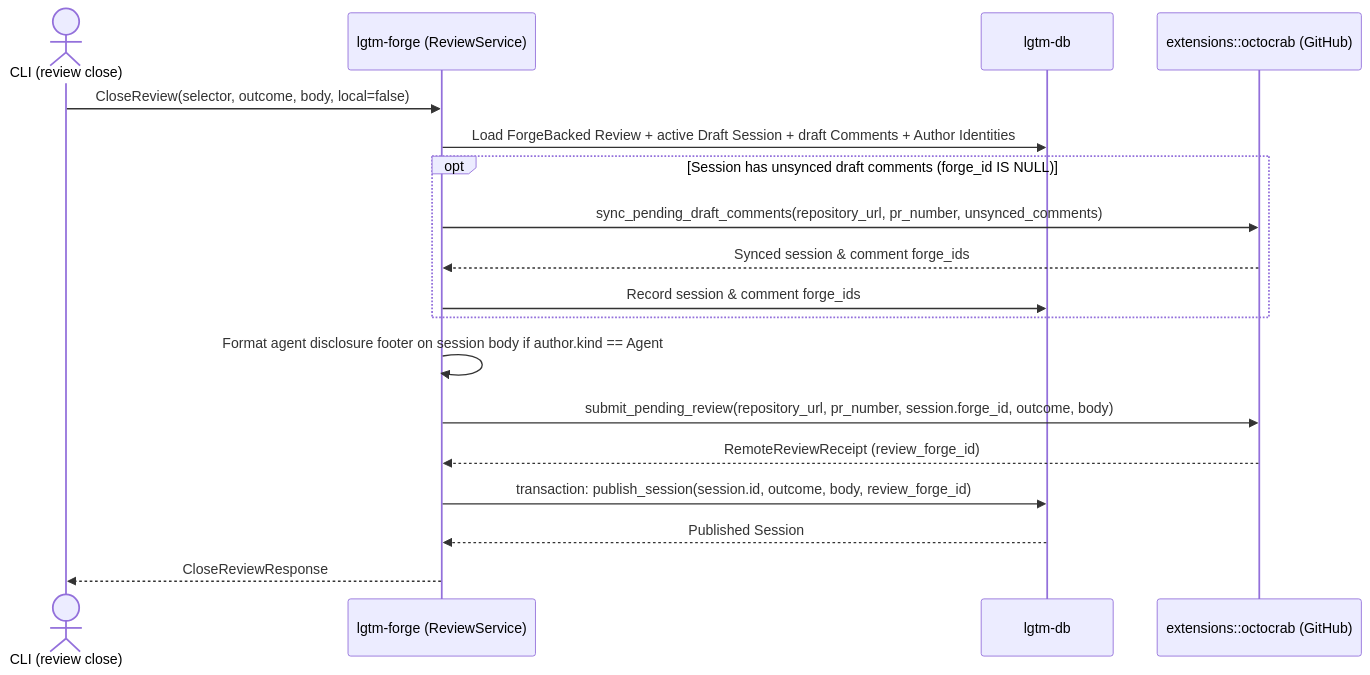
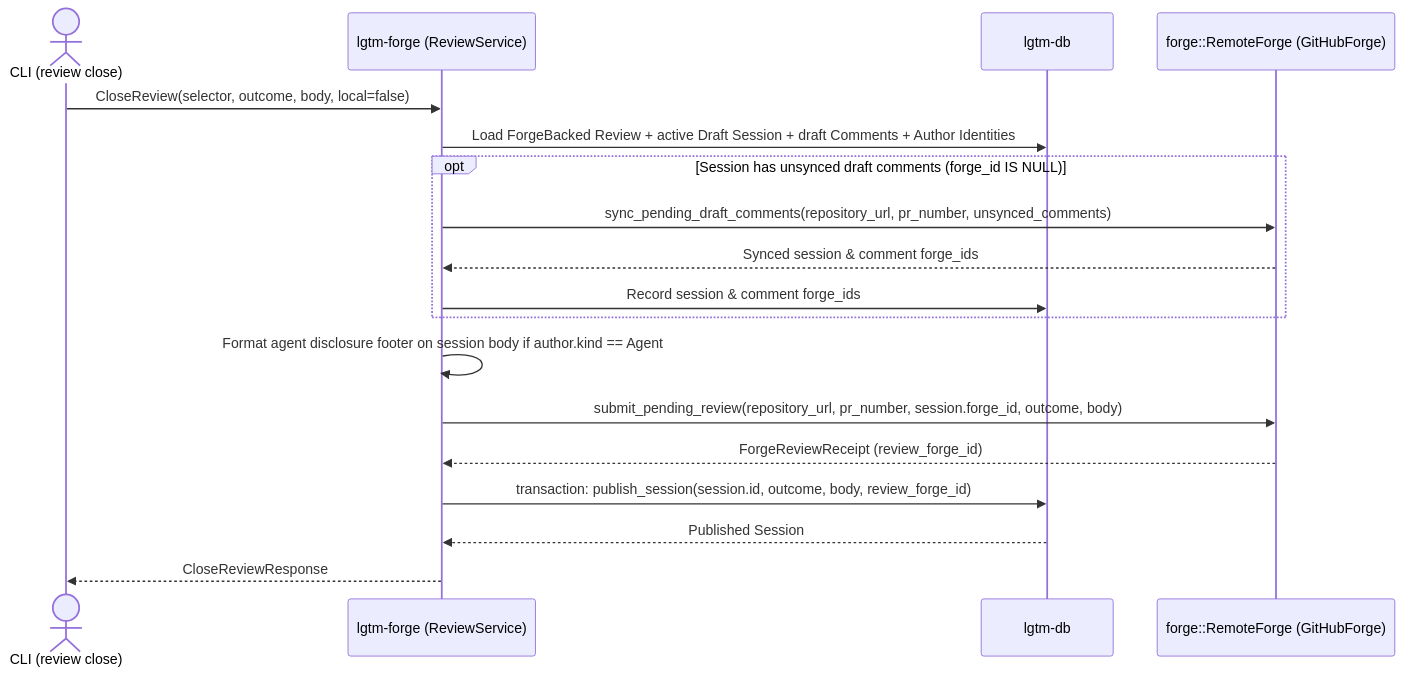
Before and after one commit to difflab-io/lgtm: diagram 11 of 11 in docs/architecture/forge/index.md, drawn with Mermaid. The commit also changed other lines of this file and 20 other files, not shown here.

Commit message:
chore: rename backend doc and e2e dirs to forge and add git util TODOs

````diff
--- a/docs/architecture/forge/index.md
+++ b/docs/architecture/forge/index.md
@@ -523,21 +546,21 @@
 ```mermaid
 sequenceDiagram
     actor Caller as CLI (review close)
-    participant Forge as lgtm-forge (ReviewService)
+    participant Service as lgtm-forge (ReviewService)
     participant DB as lgtm-db
-    participant Octo as extensions::octocrab (GitHub)
+    participant Remote as forge::RemoteForge (GitHubForge)
 
-    Caller->>Forge: CloseReview(selector, outcome, body, local=false)
-    Forge->>DB: Load ForgeBacked Review + active Draft Session + draft Comments + Author Identities
+    Caller->>Service: CloseReview(selector, outcome, body, local=false)
+    Service->>DB: Load ForgeBacked Review + active Draft Session + draft Comments + Author Identities
     opt Session has unsynced draft comments (forge_id IS NULL)
-        Forge->>Octo: sync_pending_draft_comments(repository_url, pr_number, unsynced_comments)
-        Octo-->>Forge: Synced session & comment forge_ids
-        Forge->>DB: Record session & comment forge_ids
+        Service->>Remote: sync_pending_draft_comments(repository_url, pr_number, unsynced_comments)
+        Remote-->>Service: Synced session & comment forge_ids
+        Service->>DB: Record session & comment forge_ids
     end
-    Forge->>Forge: Format agent disclosure footer on session body if author.kind == Agent
-    Forge->>Octo: submit_pending_review(repository_url, pr_number, session.forge_id, outcome, body)
-    Octo-->>Forge: RemoteReviewReceipt (review_forge_id)
-    Forge->>DB: transaction: publish_session(session.id, outcome, body, review_forge_id)
-    DB-->>Forge: Published Session
-    Forge-->>Caller: CloseReviewResponse
+    Service->>Service: Format agent disclosure footer on session body if author.kind == Agent
+    Service->>Remote: submit_pending_review(repository_url, pr_number, session.forge_id, outcome, body)
+    Remote-->>Service: ForgeReviewReceipt (review_forge_id)
+    Service->>DB: transaction: publish_session(session.id, outcome, body, review_forge_id)
+    DB-->>Service: Published Session
+    Service-->>Caller: CloseReviewResponse
 ```
````
